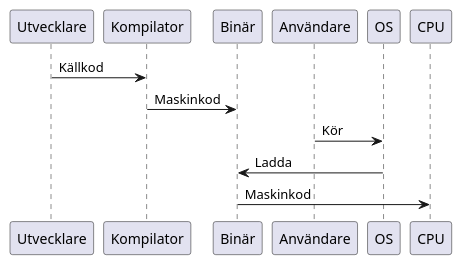
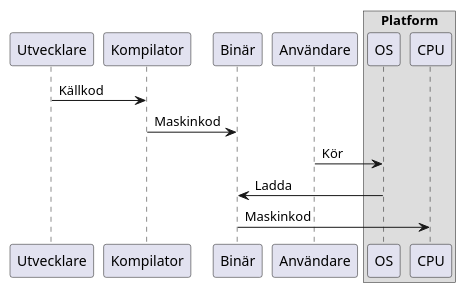
Before and after one commit to jonaskeisu/newton-sysg-op1: the diagram in lektioner/05-introduktion-till-dotnet/fig/livscykel-traditionell-applikation.plantuml, drawn with PlantUML. The commit also changed 4 other files, not shown here.

```diff
--- a/lektioner/05-introduktion-till-dotnet/fig/livscykel-traditionell-applikation.plantuml
+++ b/lektioner/05-introduktion-till-dotnet/fig/livscykel-traditionell-applikation.plantuml
@@ -1,7 +1,15 @@
 @startuml livscykel-traditionell-applikation
+participant Utvecklare
+participant Kompilator
+participant Binär
+participant Användare
+box "Platform" 
+    participant OS
+    participant CPU
+end box
 Utvecklare -> Kompilator: Källkod
 Kompilator -> Binär: Maskinkod 
 Användare -> OS: Kör
 OS -> Binär: Ladda
 Binär -> CPU: Maskinkod
 @enduml
```
